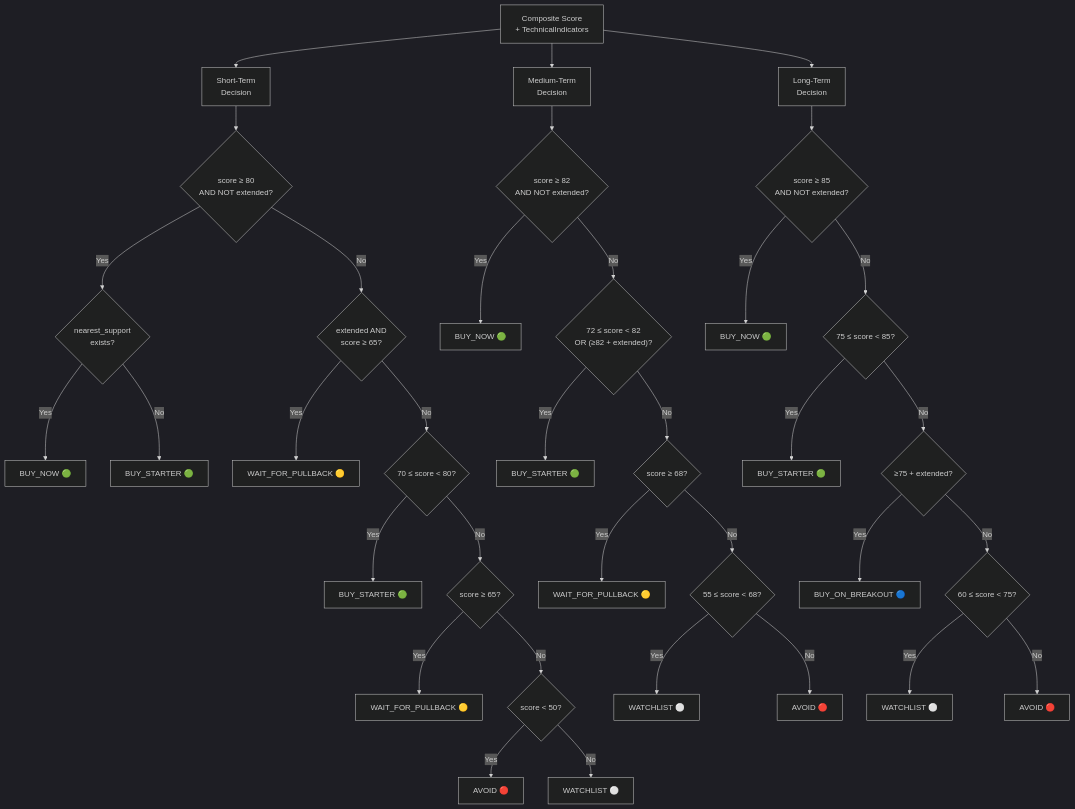
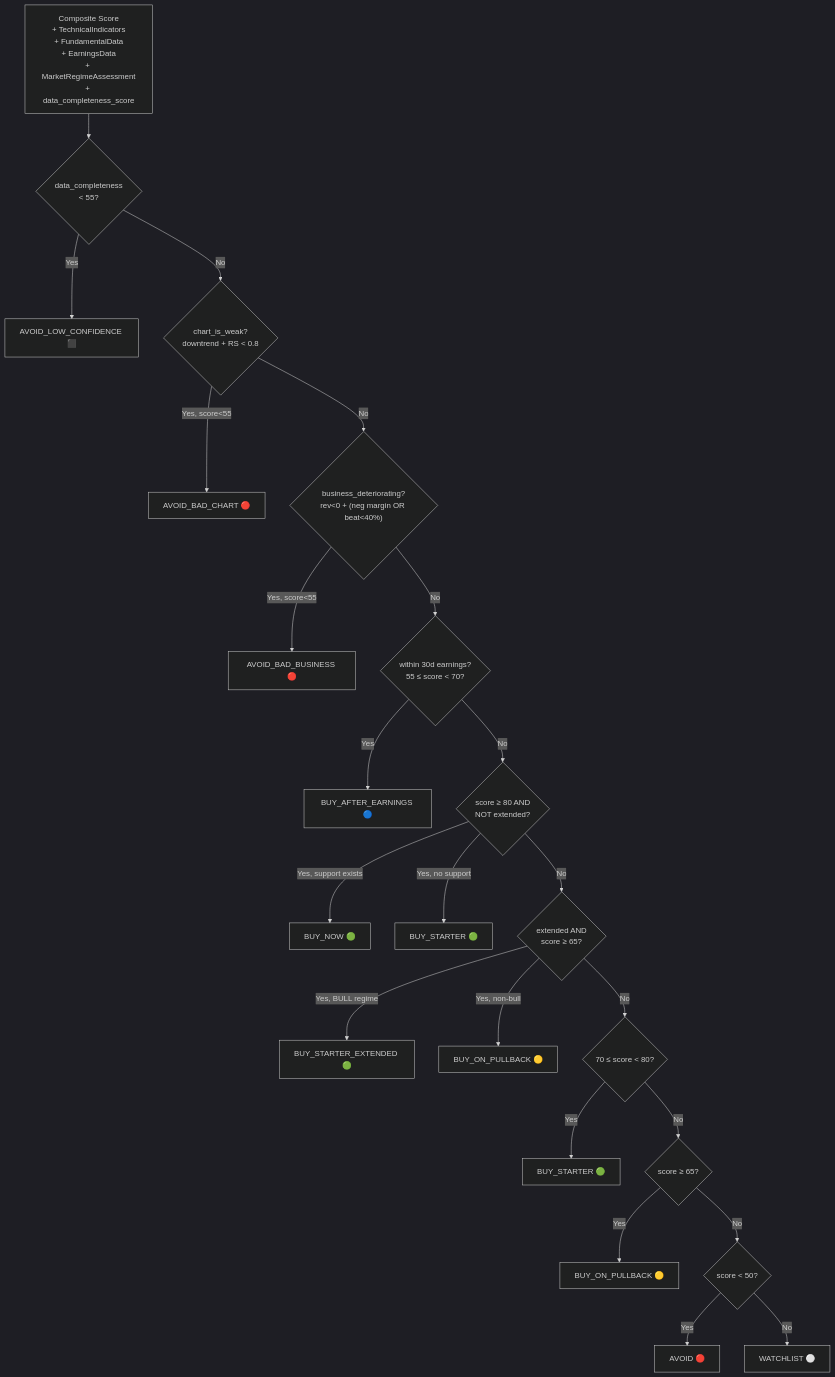
One commit to krutikpatel/stockBuyDecisioner1 changed the sixth of 15 diagrams in HLD.md. Above: the diagram before and after it, drawn with Mermaid (dark theme). The commit also changed other lines of this file and 44 other files, not shown here.

````diff
--- a/HLD.md
+++ b/HLD.md
@@ -224,42 +276,26 @@
 ```mermaid
 flowchart TD
-    SC["Composite Score\n+ TechnicalIndicators"]
+    INPUT["Composite Score\n+ TechnicalIndicators\n+ FundamentalData\n+ EarningsData\n+ MarketRegimeAssessment\n+ data_completeness_score"]
 
-    SC --> ST["Short-Term\nDecision"]
-    SC --> MT["Medium-Term\nDecision"]
-    SC --> LT["Long-Term\nDecision"]
-
-    ST --> ST1{"score ≥ 80\nAND NOT extended?"}
-    ST1 -->|Yes| ST2{"nearest_support\nexists?"}
-    ST2 -->|Yes| BN1["BUY_NOW 🟢"]
-    ST2 -->|No| BS1["BUY_STARTER 🟢"]
-    ST1 -->|No| ST3{"extended AND\nscore ≥ 65?"}
-    ST3 -->|Yes| WP1["WAIT_FOR_PULLBACK 🟡"]
-    ST3 -->|No| ST4{"70 ≤ score < 80?"}
-    ST4 -->|Yes| BS2["BUY_STARTER 🟢"]
-    ST4 -->|No| ST5{"score ≥ 65?"}
-    ST5 -->|Yes| WP2["WAIT_FOR_PULLBACK 🟡"]
-    ST5 -->|No| ST6{"score < 50?"}
-    ST6 -->|Yes| AV1["AVOID 🔴"]
-    ST6 -->|No| WL1["WATCHLIST ⚪"]
-
-    MT --> MT1{"score ≥ 82\nAND NOT extended?"}
-    MT1 -->|Yes| BN2["BUY_NOW 🟢"]
-    MT1 -->|No| MT2{"72 ≤ score < 82\nOR (≥82 + extended)?"}
-    MT2 -->|Yes| BS3["BUY_STARTER 🟢"]
-    MT2 -->|No| MT3{"score ≥ 68?"}
-    MT3 -->|Yes| WP3["WAIT_FOR_PULLBACK 🟡"]
-    MT3 -->|No| MT4{"55 ≤ score < 68?"}
-    MT4 -->|Yes| WL2["WATCHLIST ⚪"]
-    MT4 -->|No| AV2["AVOID 🔴"]
-
-    LT --> LT1{"score ≥ 85\nAND NOT extended?"}
-    LT1 -->|Yes| BN3["BUY_NOW 🟢"]
-    LT1 -->|No| LT2{"75 ≤ score < 85?"}
-    LT2 -->|Yes| BS4["BUY_STARTER 🟢"]
-    LT2 -->|No| LT3{"≥75 + extended?"}
-    LT3 -->|Yes| BOB["BUY_ON_BREAKOUT 🔵"]
-    LT3 -->|No| LT4{"60 ≤ score < 75?"}
-    LT4 -->|Yes| WL3["WATCHLIST ⚪"]
-    LT4 -->|No| AV3["AVOID 🔴"]
+    INPUT --> DQ{"data_completeness\n< 55?"}
+    DQ -->|Yes| ALC["AVOID_LOW_CONFIDENCE ⬛"]
+    DQ -->|No| CHART{"chart_is_weak?\ndowntrend + RS < 0.8"}
+    CHART -->|Yes, score<55| ABC["AVOID_BAD_CHART 🔴"]
+    CHART -->|No| BIZ{"business_deteriorating?\nrev<0 + (neg margin OR beat<40%)"}
+    BIZ -->|Yes, score<55| ABB["AVOID_BAD_BUSINESS 🔴"]
+    BIZ -->|No| EARN30{"within 30d earnings?\n55 ≤ score < 70?"}
+    EARN30 -->|Yes| BAE["BUY_AFTER_EARNINGS 🔵"]
+    EARN30 -->|No| REGIME_BR{"score ≥ 80 AND\nNOT extended?"}
+    REGIME_BR -->|Yes, support exists| BN["BUY_NOW 🟢"]
+    REGIME_BR -->|Yes, no support| BS["BUY_STARTER 🟢"]
+    REGIME_BR -->|No| EXT{"extended AND\nscore ≥ 65?"}
+    EXT -->|Yes, BULL regime| BSE["BUY_STARTER_EXTENDED 🟢"]
+    EXT -->|Yes, non-bull| BOP["BUY_ON_PULLBACK 🟡"]
+    EXT -->|No| SC2{"70 ≤ score < 80?"}
+    SC2 -->|Yes| BS2["BUY_STARTER 🟢"]
+    SC2 -->|No| SC3{"score ≥ 65?"}
+    SC3 -->|Yes| BOP2["BUY_ON_PULLBACK 🟡"]
+    SC3 -->|No| SC4{"score < 50?"}
+    SC4 -->|Yes| AV["AVOID 🔴"]
+    SC4 -->|No| WL["WATCHLIST ⚪"]
 ```
````
